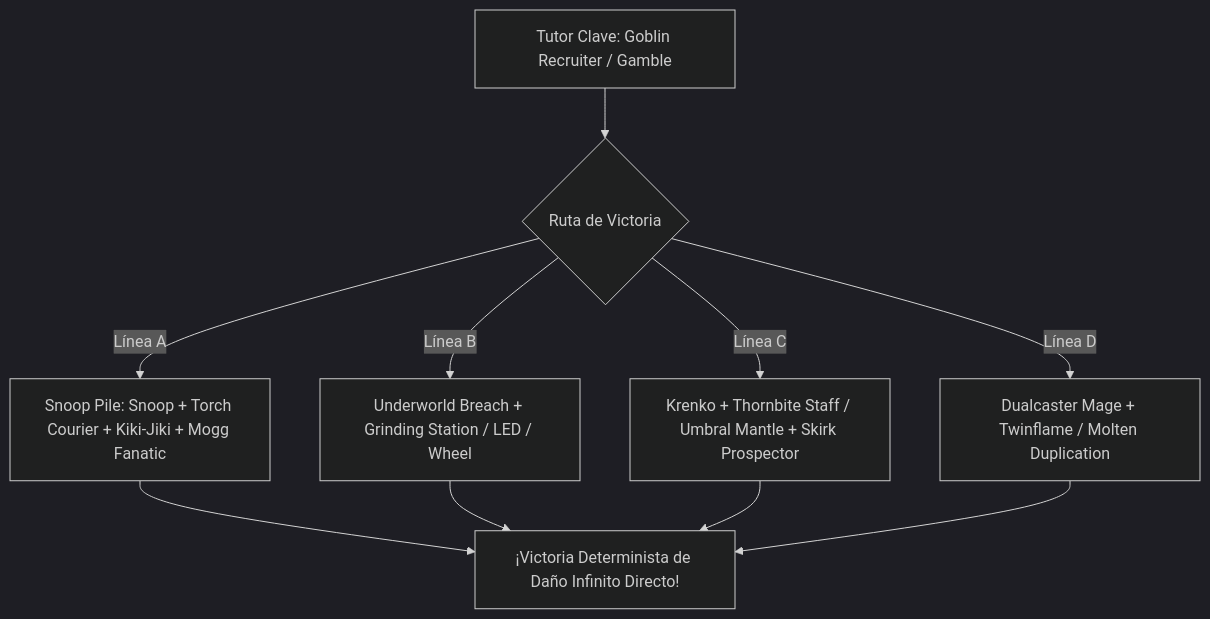
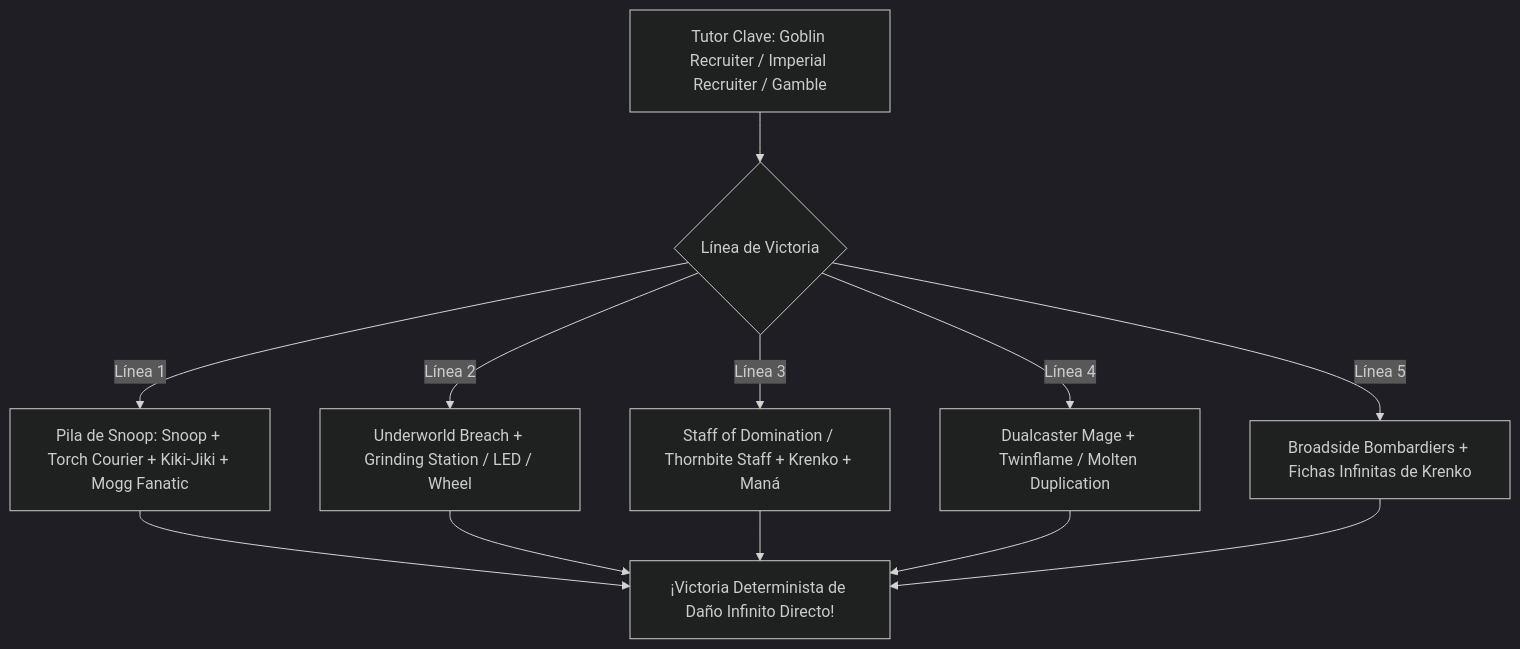
The first of 2 diagrams in decks/Commander/krenko/krenko_guide.md (00Ragnarok85/Magic-Skill), drawn with Mermaid (dark theme) before and after one commit. The commit also changed other lines of this file and 2 other files, not shown here.

Commit message:
feat(decks): upgrade Krenko to absolute maximum cEDH ceiling with unrestricted MTG database

````diff
--- a/decks/Commander/krenko/krenko_guide.md
+++ b/decks/Commander/krenko/krenko_guide.md
@@ -30,12 +30,14 @@
 ```mermaid
 flowchart TD
-    A["Tutor Clave: Goblin Recruiter / Gamble"] --> B{"Ruta de Victoria"}
-    B -->|"Línea A"| C["Snoop Pile: Snoop + Torch Courier + Kiki-Jiki + Mogg Fanatic"]
-    B -->|"Línea B"| D["Underworld Breach + Grinding Station / LED / Wheel"]
-    B -->|"Línea C"| E["Krenko + Thornbite Staff / Umbral Mantle + Skirk Prospector"]
-    B -->|"Línea D"| F["Dualcaster Mage + Twinflame / Molten Duplication"]
+    A["Tutor Clave: Goblin Recruiter / Imperial Recruiter / Gamble"] --> B{"Línea de Victoria"}
+    B -->|"Línea 1"| C["Pila de Snoop: Snoop + Torch Courier + Kiki-Jiki + Mogg Fanatic"]
+    B -->|"Línea 2"| D["Underworld Breach + Grinding Station / LED / Wheel"]
+    B -->|"Línea 3"| E["Staff of Domination / Thornbite Staff + Krenko + Maná"]
+    B -->|"Línea 4"| F["Dualcaster Mage + Twinflame / Molten Duplication"]
+    B -->|"Línea 5"| G["Broadside Bombardiers + Fichas Infinitas de Krenko"]
     C --> WIN["¡Victoria Determinista de Daño Infinito Directo!"]
     D --> WIN
     E --> WIN
     F --> WIN
+    G --> WIN
 ```
````
